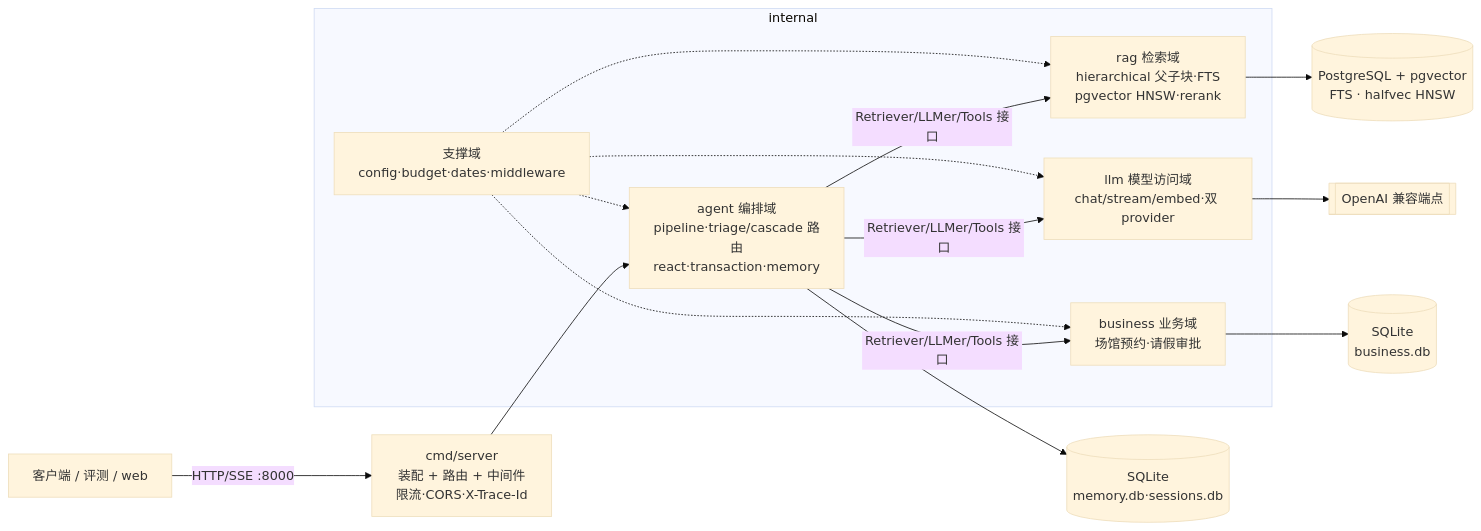
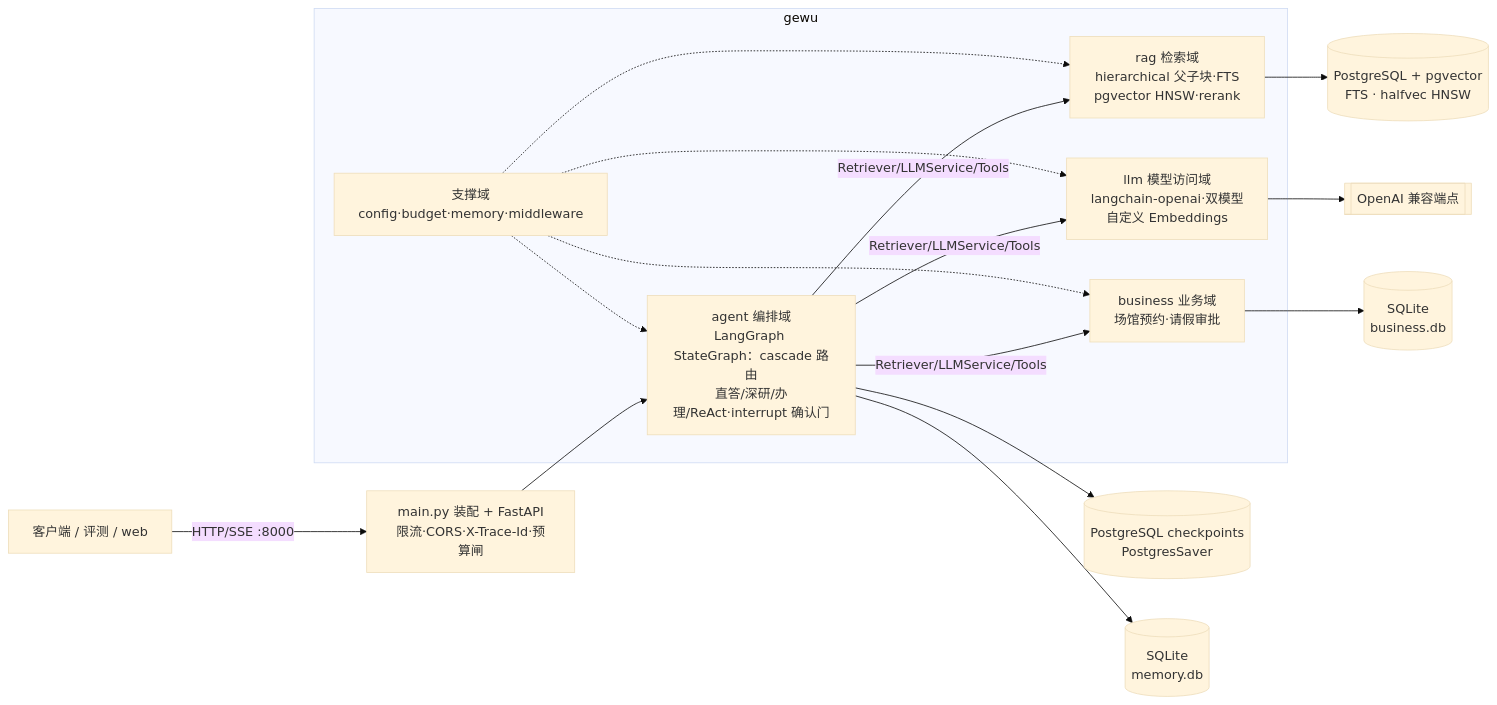
One commit to Thekshy/gewu changed the diagram in README.md. Above: the diagram before and after it, drawn with Mermaid (base theme). The commit also changed other lines of this file and 80 other files, not shown here.

Commit message:
feat(p14): P14-8 Go 退役与收口——删 internal/cmd/go.mod/bin（终态锚 tag go-final）、Dockerfile.api 换 Python/uv、Makefile+CI Python 单轨、lint-arch 重写 Python 版（jsonx/提示词域归位）、端口收口 :8000（G4 前端零改真跑）；文档收口：README 两次语言对比叙事、architecture 模块地图+§127 反转、ADR-0010、PARITY 三次契约史、walkthrough 历史注记、任务书执行记录全量留档

````diff
--- a/README.md
+++ b/README.md
@@ -56,20 +59,21 @@
 ```mermaid
 flowchart LR
-    C[客户端 / 评测 / web] -->|HTTP/SSE :8000| API[cmd/server<br/>装配 + 路由 + 中间件<br/>限流·CORS·X-Trace-Id]
+    C[客户端 / 评测 / web] -->|HTTP/SSE :8000| API[main.py 装配 + FastAPI<br/>限流·CORS·X-Trace-Id·预算闸]
 
-    subgraph internal
-        AGENT[agent 编排域<br/>pipeline·triage/cascade 路由<br/>react·transaction·memory]
+    subgraph gewu
+        AGENT[agent 编排域<br/>LangGraph StateGraph：cascade 路由<br/>直答/深研/办理/ReAct·interrupt 确认门]
         RAG[rag 检索域<br/>hierarchical 父子块·FTS<br/>pgvector HNSW·rerank]
-        LLM[llm 模型访问域<br/>chat/stream/embed·双 provider]
+        LLM[llm 模型访问域<br/>langchain-openai·双模型<br/>自定义 Embeddings]
         BIZ[business 业务域<br/>场馆预约·请假审批]
-        SUP[支撑域<br/>config·budget·dates·middleware]
+        SUP[支撑域<br/>config·budget·memory·middleware]
     end
 
     API --> AGENT
-    AGENT -->|Retriever/LLMer/Tools 接口| RAG & LLM & BIZ
+    AGENT -->|Retriever/LLMService/Tools| RAG & LLM & BIZ
     RAG --> DB[(PostgreSQL + pgvector<br/>FTS · halfvec HNSW)]
-    AGENT --> DB2[(SQLite<br/>memory.db·sessions.db)]
-    BIZ --> DB3[(SQLite<br/>business.db)]
+    AGENT --> DB2[(PostgreSQL checkpoints<br/>PostgresSaver)]
+    AGENT --> DB3[(SQLite<br/>memory.db)]
+    BIZ --> DB4[(SQLite<br/>business.db)]
     LLM --> EXT[[OpenAI 兼容端点]]
     SUP -.-> AGENT & RAG & LLM & BIZ
 ```
````
